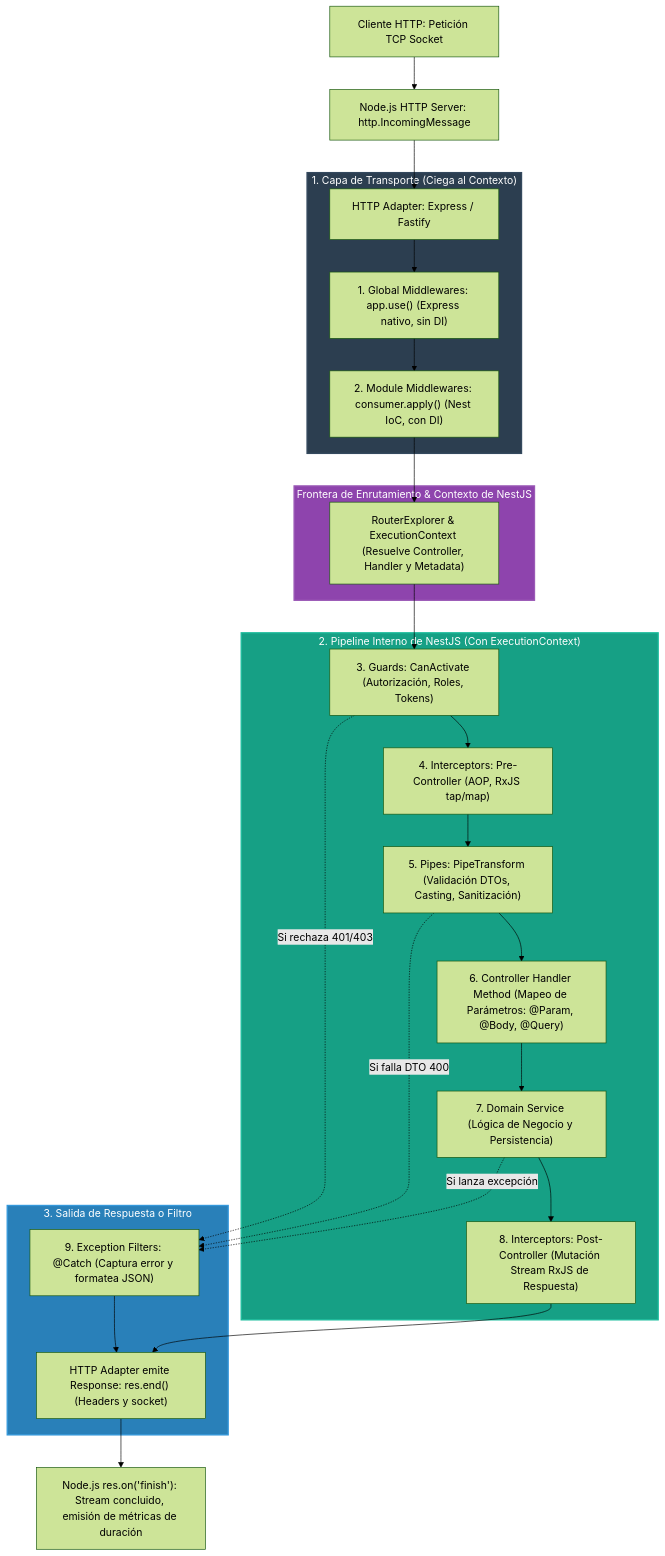
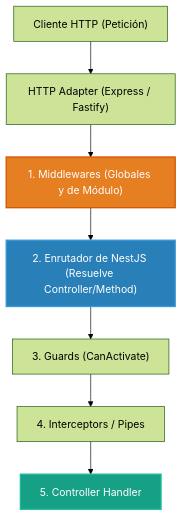
Before and after one commit to PatricioOsorio/nest-first-app: the diagram in notes/2-lifecycle-pipeline/2.1-middlewares.md, drawn with Mermaid (forest theme). The commit also changed other lines of this file and 12 other files, not shown here.

````diff
--- a/notes/2-lifecycle-pipeline/2.1-middlewares.md
+++ b/notes/2-lifecycle-pipeline/2.1-middlewares.md
@@ -26,38 +11,13 @@
 ```mermaid
 flowchart TD
-    Client["Cliente HTTP: Petición TCP Socket"] --> NodeHTTP["Node.js HTTP Server: http.IncomingMessage"]
-    NodeHTTP --> Adapter["HTTP Adapter: Express / Fastify"]
+    Client["Cliente HTTP (Petición)"] --> Adapter["HTTP Adapter (Express / Fastify)"]
+    Adapter --> MW["1. Middlewares (Globales y de Módulo)"]
+    MW --> Route["2. Enrutador de NestJS (Resuelve Controller/Method)"]
+    Route --> Guards["3. Guards (CanActivate)"]
+    Guards --> Interceptors["4. Interceptors / Pipes"]
+    Interceptors --> Controller["5. Controller Handler"]
 
-    subgraph PRE_ROUTING["1. Capa de Transporte (Ciega al Contexto)"]
-        Adapter --> GlobalMW["1. Global Middlewares: app.use() (Express nativo, sin DI)"]
-        GlobalMW --> ModuleMW["2. Module Middlewares: consumer.apply() (Nest IoC, con DI)"]
-    end
-
-    subgraph ROUTING["Frontera de Enrutamiento & Contexto de NestJS"]
-        ModuleMW --> RouterExplorer["RouterExplorer & ExecutionContext (Resuelve Controller, Handler y Metadata)"]
-    end
-
-    subgraph NEST_PIPELINE["2. Pipeline Interno de NestJS (Con ExecutionContext)"]
-        RouterExplorer --> Guards["3. Guards: CanActivate (Autorización, Roles, Tokens)"]
-        Guards --> InterceptorsPre["4. Interceptors: Pre-Controller (AOP, RxJS tap/map)"]
-        InterceptorsPre --> Pipes["5. Pipes: PipeTransform (Validación DTOs, Casting, Sanitización)"]
-        Pipes --> Handler["6. Controller Handler Method (Mapeo de Parámetros: @Param, @Body, @Query)"]
-        Handler --> Service["7. Domain Service (Lógica de Negocio y Persistencia)"]
-        Service --> InterceptorsPost["8. Interceptors: Post-Controller (Mutación Stream RxJS de Respuesta)"]
-    end
-
-    subgraph ERROR_OR_RESPONSE["3. Salida de Respuesta o Filtro"]
-        InterceptorsPost --> AdapterResponse["HTTP Adapter emite Response: res.end() (Headers y socket)"]
-        Guards -.->|Si rechaza 401/403| Filters["9. Exception Filters: @Catch (Captura error y formatea JSON)"]
-        Pipes -.->|Si falla DTO 400| Filters
-        Service -.->|Si lanza excepción| Filters
-        Filters --> AdapterResponse
-    end
-
-    AdapterResponse --> Finish["Node.js res.on('finish'): Stream concluido, emisión de métricas de duración"]
-
-    style PRE_ROUTING fill:#2c3e50,stroke:#34495e,stroke-width:2px,color:#fff
-    style ROUTING fill:#8e44ad,stroke:#9b59b6,stroke-width:2px,color:#fff
-    style NEST_PIPELINE fill:#16a085,stroke:#1abc9c,stroke-width:2px,color:#fff
-    style ERROR_OR_RESPONSE fill:#2980b9,stroke:#3498db,stroke-width:2px,color:#fff
+    style MW fill:#e67e22,stroke:#d35400,stroke-width:2px,color:#fff
+    style Route fill:#2980b9,stroke:#3498db,stroke-width:2px,color:#fff
+    style Controller fill:#16a085,stroke:#1abc9c,stroke-width:2px,color:#fff
 ```
````
